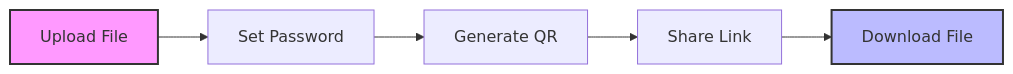
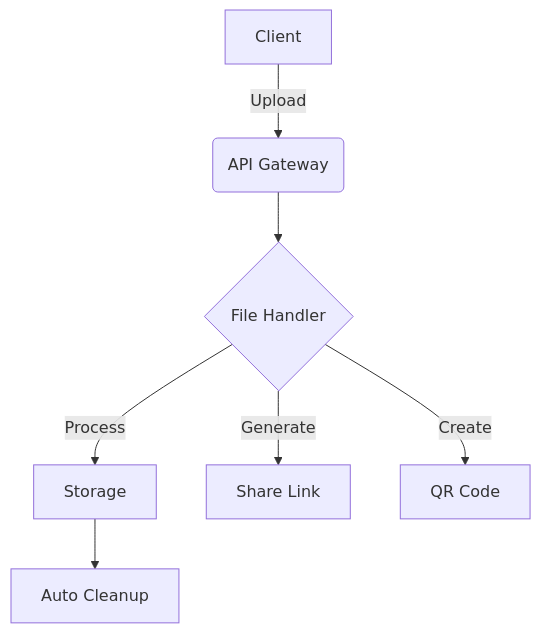
The diagram in README.md (rimuru2725/ZipLink), drawn with Mermaid before and after one commit. The commit also changed other lines of this file, not shown here.

````diff
--- a/README.md
+++ b/README.md
@@ -54,9 +114,9 @@
 ```mermaid
-graph LR
-    A[Upload File] --> B[Set Password]
-    B --> C[Generate QR]
-    C --> D[Share Link]
-    D --> E[Download File]
-    style A fill:#f9f,stroke:#333,stroke-width:2px
-    style E fill:#bbf,stroke:#333,stroke-width:2px
+graph TD
+    A[Client] -->|Upload| B(API Gateway)
+    B --> C{File Handler}
+    C -->|Process| D[Storage]
+    C -->|Generate| E[Share Link]
+    C -->|Create| F[QR Code]
+    D --> G[Auto Cleanup]
 ```
````
